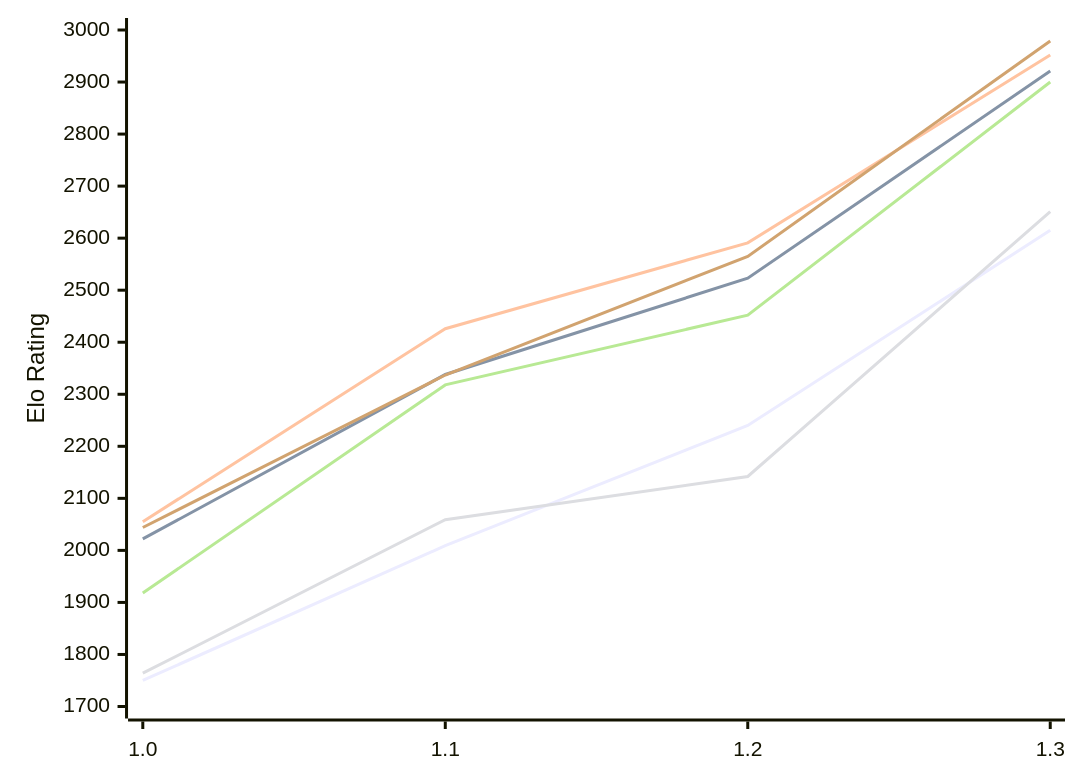
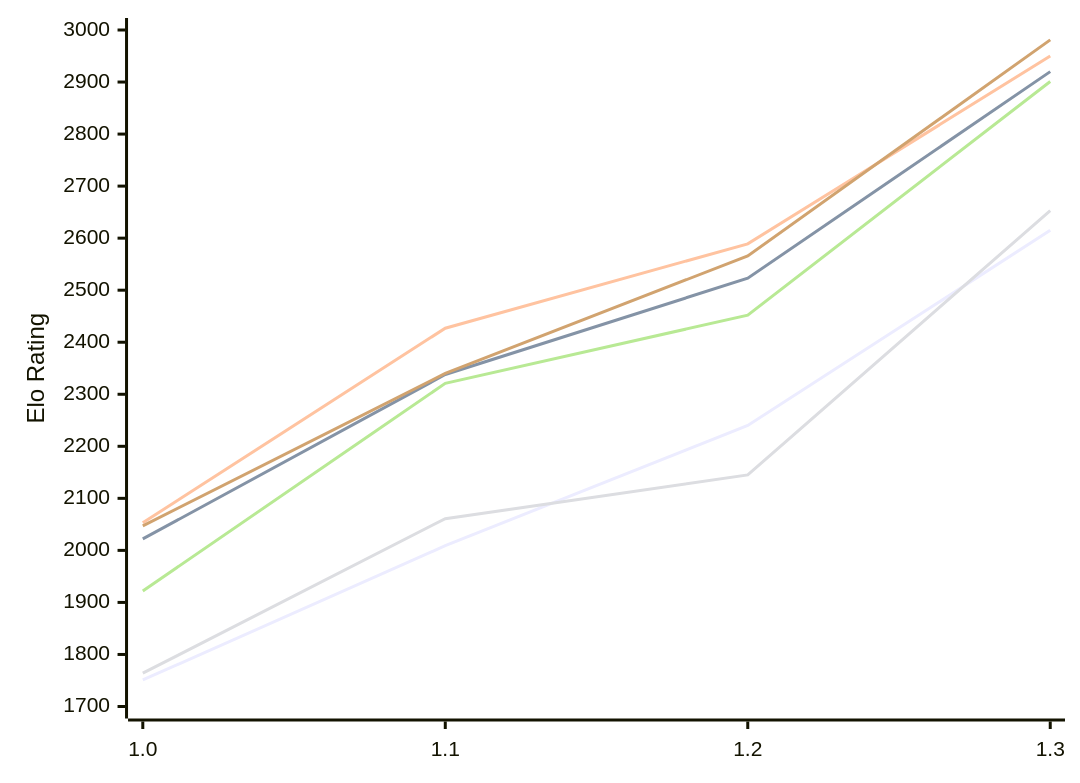
Before and after one commit to computer-chess-index/cci: the first of 2 diagrams in engines/Echekinator.md, drawn with Mermaid. The commit also changed other lines of this file, not shown here.

Commit message:
Update CCI Ratings (ELO VLTC) - 2026-11-28

````diff
--- a/engines/Echekinator.md
+++ b/engines/Echekinator.md
@@ -54,12 +54,12 @@
 ```mermaid
 %%{init: {"theme":"base","themeVariables":{"seriesColors:['#a3a3a3','#222221','#faa371']}}}%%
 xychart-beta
   x-axis ["1.0", "1.1", "1.2", "1.3"]
   y-axis "Elo Rating" 1700 --> 3000
-  line "E1: STC (8.0+0.08s)" [1750, 2009, 2240, 2615]
-  line "E1: LTC (60.0+0.60s)" [2022, 2338, 2523, 2921]
-  line "E1: VLTC (2m24s+1.12s)" [2055, 2426, 2591, 2952]
-  line "P1: STC (8.0+0.08s)" [1764, 2059, 2142, 2651]
-  line "P1: LTC (60.0+0.60s)" [1918, 2318, 2452, 2900]
-  line "P1: VLTC (2m24s+1.12s)" [2044, 2337, 2565, 2979]
+  line "E1: STC (8.0+0.08s)" [1751, 2009, 2240, 2615]
+  line "E1: LTC (60.0+0.60s)" [2022, 2338, 2523, 2920]
+  line "E1: VLTC (2m24s+1.12s)" [2053, 2427, 2589, 2950]
+  line "P1: STC (8.0+0.08s)" [1764, 2061, 2145, 2653]
+  line "P1: LTC (60.0+0.60s)" [1922, 2321, 2452, 2901]
+  line "P1: VLTC (2m24s+1.12s)" [2047, 2340, 2566, 2981]
 ```
````
